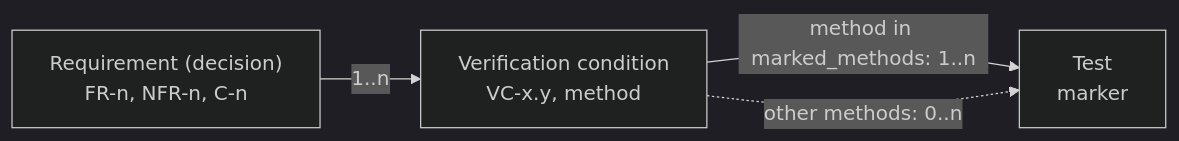
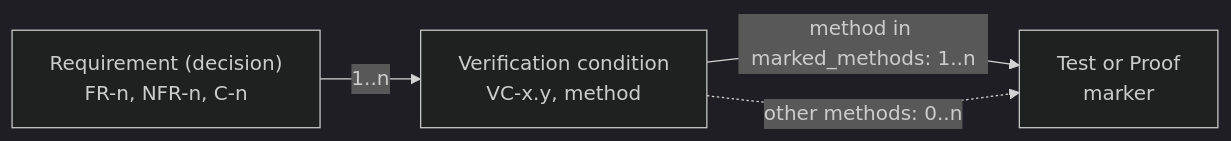
Before and after one commit to Dyse-Industries/control-rs: the second of 2 diagrams in documentation/vv/requirement-traceability-design.md, drawn with Mermaid (dark theme). The commit also changed other lines of this file and 19 other files, not shown here.

````diff
--- a/documentation/vv/requirement-traceability-design.md
+++ b/documentation/vv/requirement-traceability-design.md
@@ -258,6 +263,6 @@
 ```mermaid
 flowchart LR
     R["Requirement (decision)<br/>FR-n, NFR-n, C-n"] -->|"1..n"| V["Verification condition<br/>VC-x.y, method"]
-    V -->|"method in marked_methods: 1..n"| T["Test<br/>marker"]
+    V -->|"method in marked_methods: 1..n"| T["Test or Proof<br/>marker"]
     V -.->|"other methods: 0..n"| T
 ```
````
